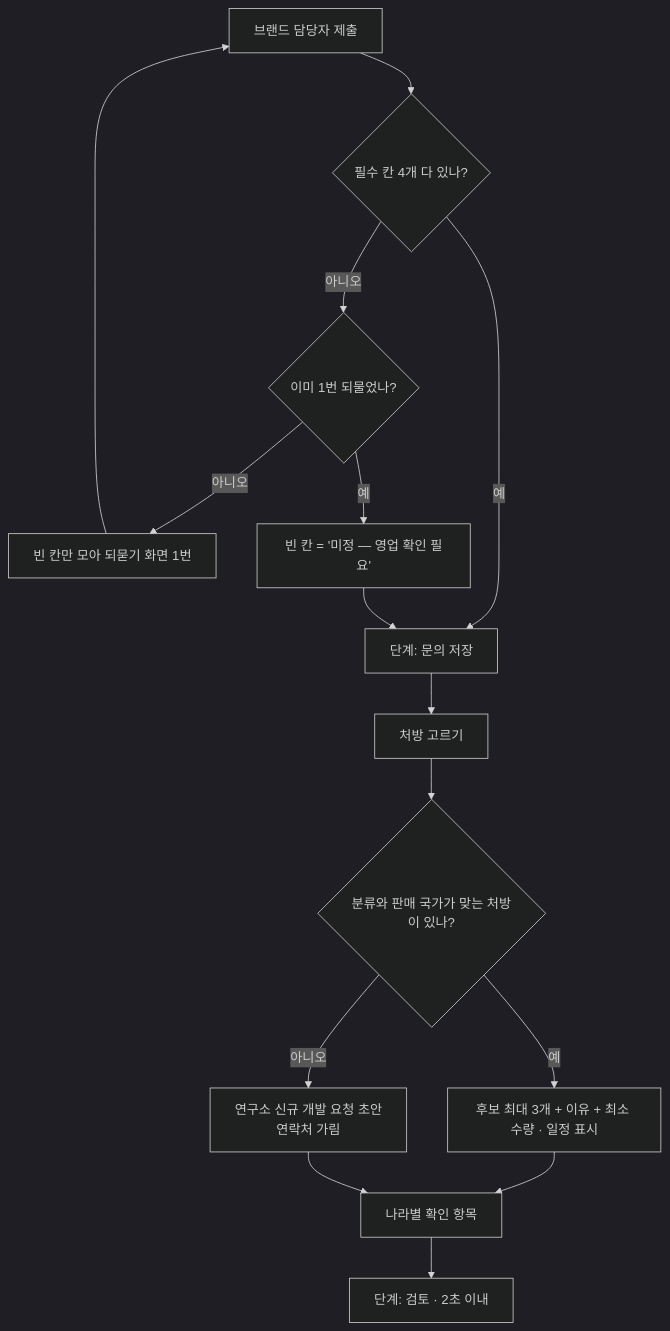
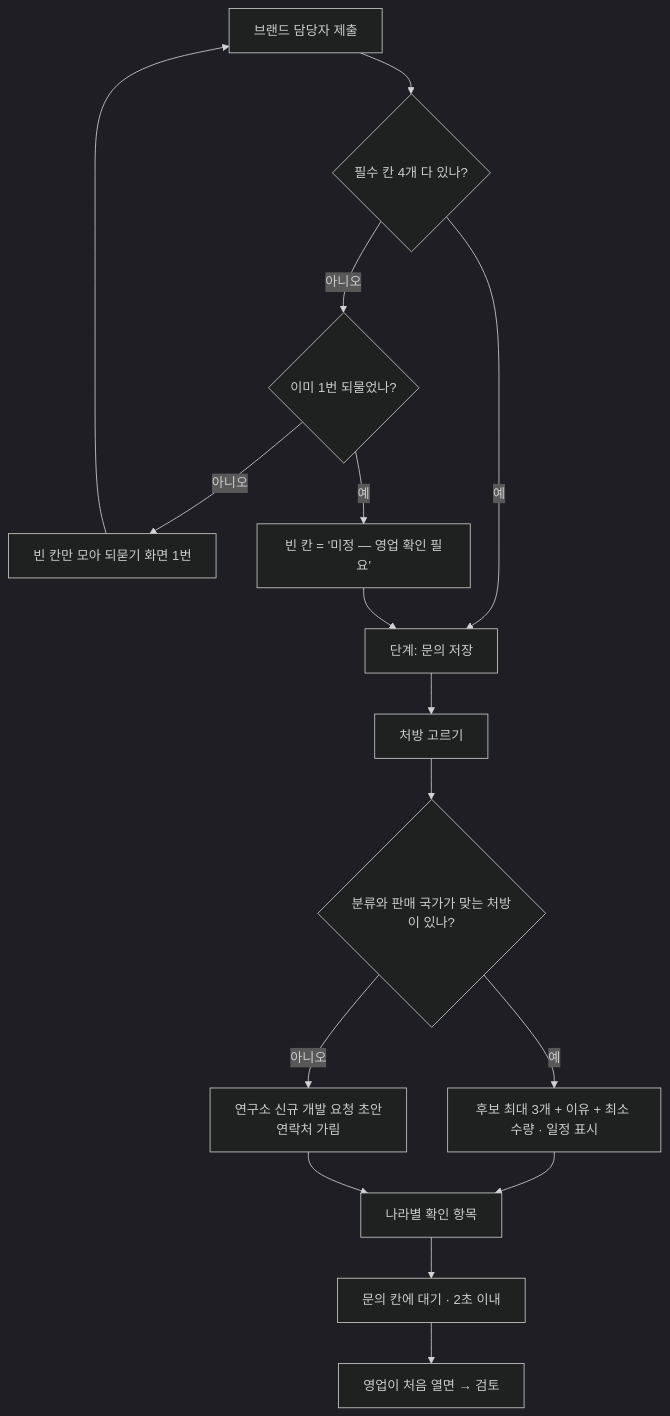
Before and after one commit to githubleejungah/oem-brief-desk: the first of 4 diagrams in docs/flows.md, drawn with Mermaid (dark theme). The commit also changed other lines of this file and 8 other files, not shown here.

````diff
--- a/docs/flows.md
+++ b/docs/flows.md
@@ -7,15 +7,16 @@
 ```mermaid
 flowchart TD
   A[브랜드 담당자 제출] --> B{필수 칸 4개 다 있나?}
   B -- 예 --> E
   B -- 아니오 --> C{이미 1번 되물었나?}
   C -- 아니오 --> D[빈 칸만 모아 되묻기 화면 1번] --> A
   C -- 예 --> M[빈 칸 = '미정 — 영업 확인 필요'] --> E
   E[단계: 문의 저장] --> F[처방 고르기]
   F --> G{분류와 판매 국가가 맞는 처방이 있나?}
   G -- 예 --> H[후보 최대 3개 + 이유 + 최소 수량 · 일정 표시]
   G -- 아니오 --> L[연구소 신규 개발 요청 초안<br/>연락처 가림]
   H --> K[나라별 확인 항목]
   L --> K
-  K --> R[단계: 검토 · 2초 이내]
+  K --> R[문의 칸에 대기 · 2초 이내]
+  R --> O[영업이 처음 열면 → 검토]
 ```
````
